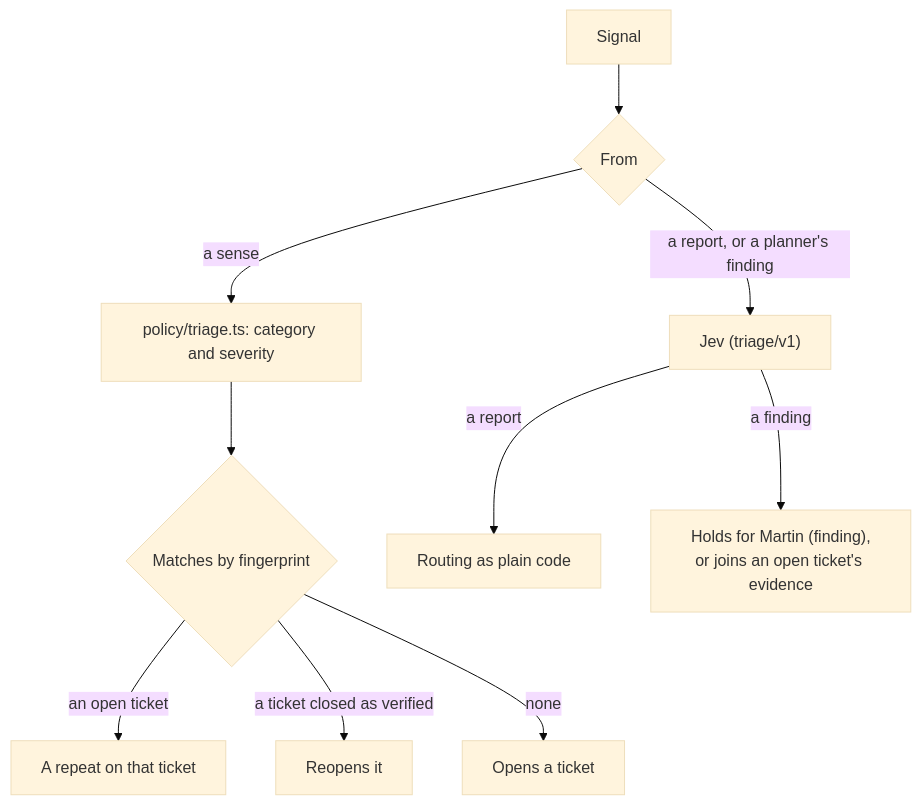
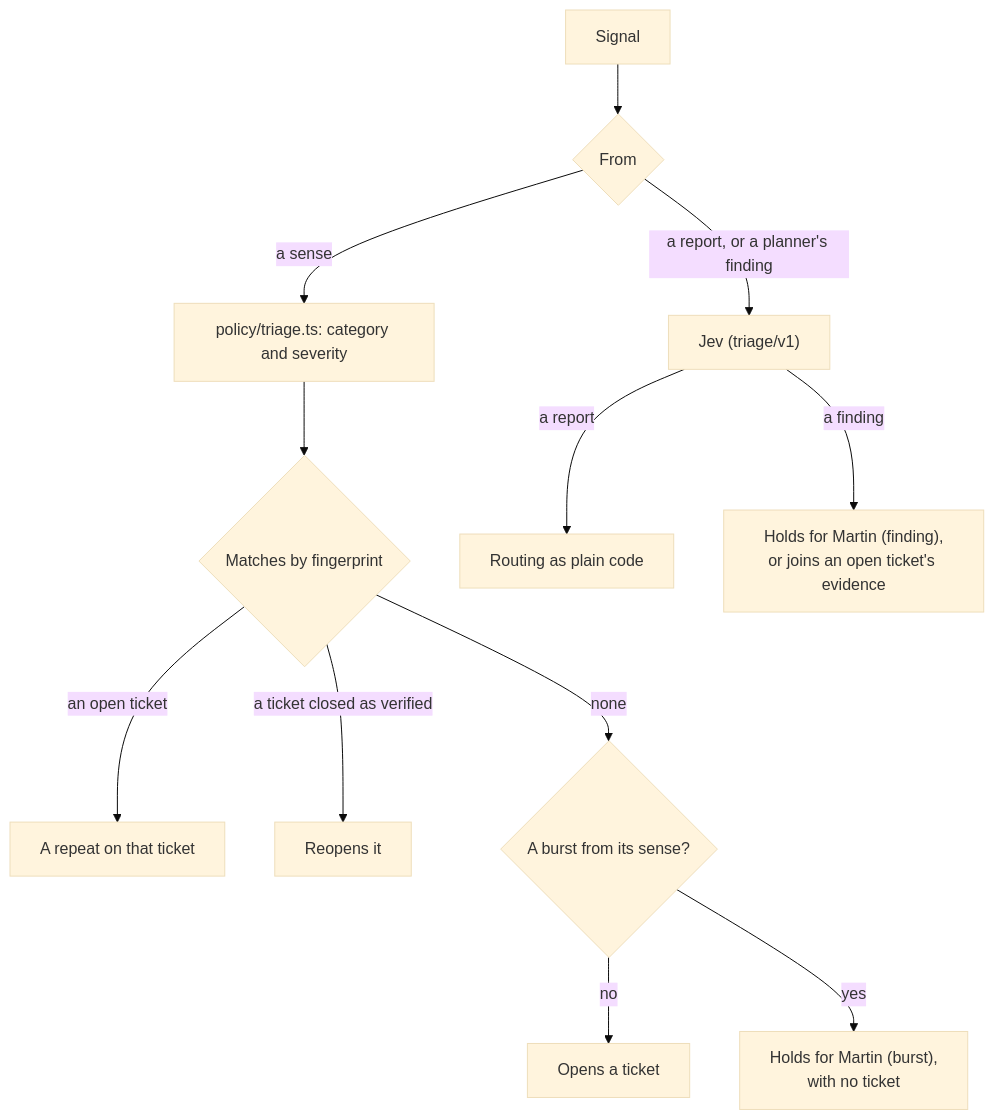
One commit to mrogan/cv-software-factory changed the diagram in docs/COMPONENTS/TRIAGE.md. Above: the diagram before and after it, drawn with Mermaid (base theme). The commit also changed other lines of this file and 16 other files, not shown here.

First line of the commit message:
feat(triage): hold a burst of new problems from one sense for Martin (#330)

````diff
--- a/docs/COMPONENTS/TRIAGE.md
+++ b/docs/COMPONENTS/TRIAGE.md
@@ -9,12 +9,14 @@
 ```mermaid
 flowchart TD
   signal[Signal] --> kind{From}
   kind -- a sense --> policy["policy/triage.ts: category and severity"]
   kind -- "a report, or a planner's finding" --> jev["Jev (triage/v1)"]
   policy --> match{Matches by fingerprint}
   match -- an open ticket --> repeat[A repeat on that ticket]
   match -- "a ticket closed as verified" --> reopen[Reopens it]
-  match -- none --> open[Opens a ticket]
+  match -- none --> burst{"A burst from its sense?"}
+  burst -- no --> open[Opens a ticket]
+  burst -- yes --> burstHold["Holds for Martin (burst),<br>with no ticket"]
   jev -- a report --> route["Routing as plain code"]
   jev -- a finding --> held["Holds for Martin (finding),<br>or joins an open ticket's evidence"]
 ```
````
